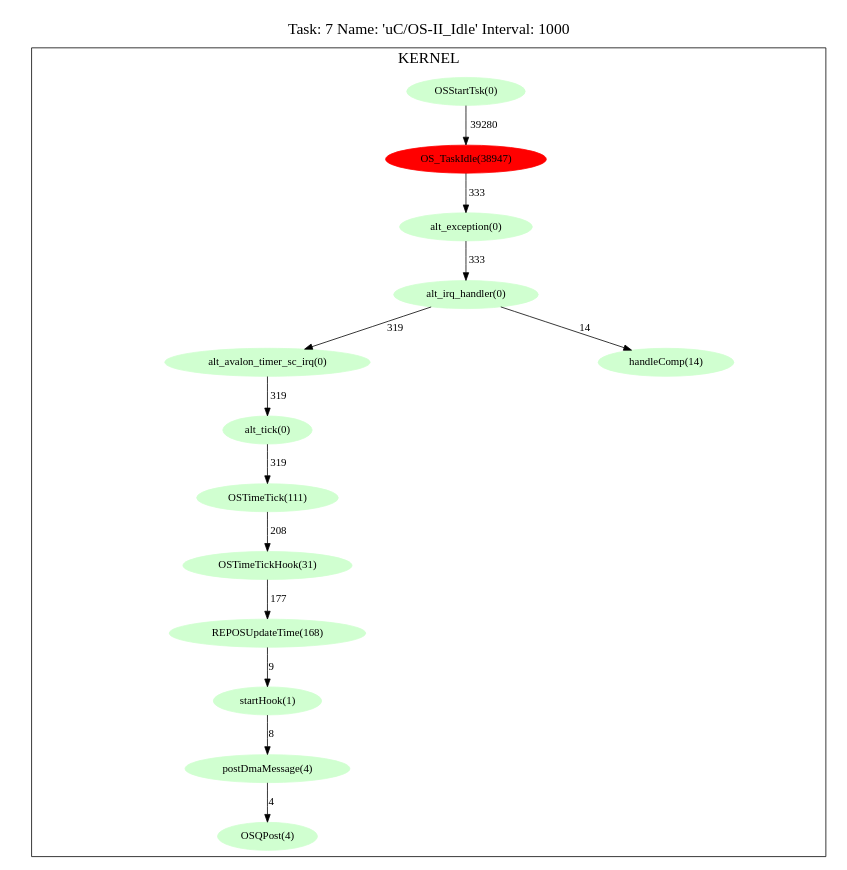
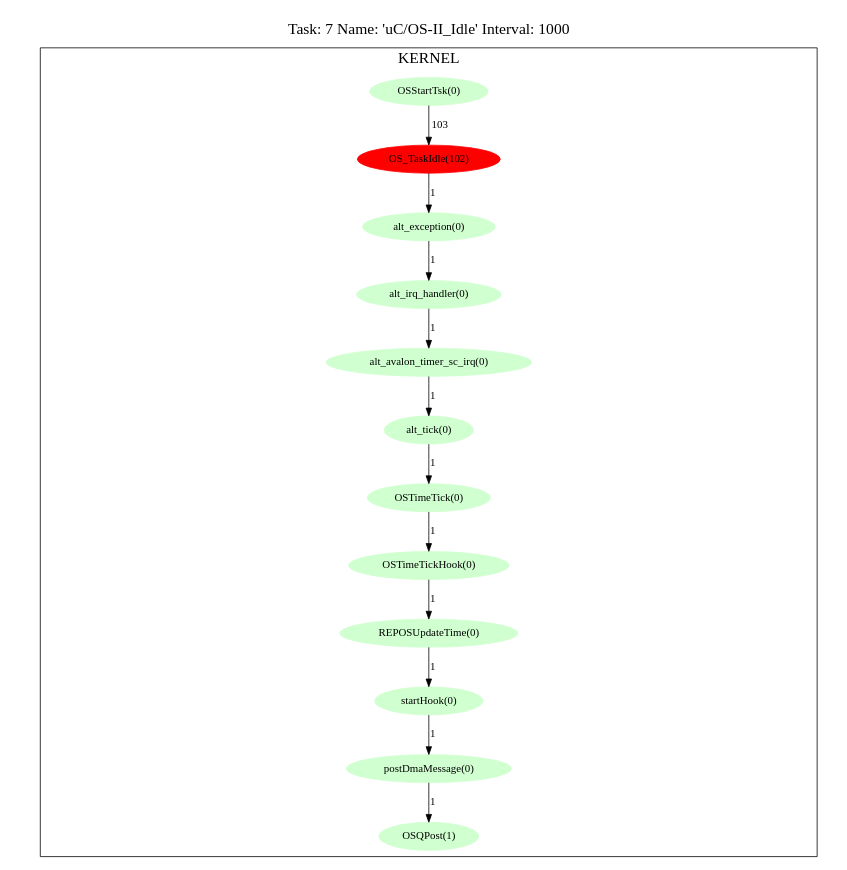
Before and after one commit to jcaplan/fingerprinting: the diagram in ovp_platform/platform_2_tlb/7.uC-OS-II_Idle.cpum.dot, drawn with Graphviz. The commit also changed 60 other files, not shown here.

```diff
--- a/ovp_platform/platform_2_tlb/7.uC-OS-II_Idle.cpum.dot
+++ b/ovp_platform/platform_2_tlb/7.uC-OS-II_Idle.cpum.dot
@@ -1,49 +1,46 @@
 digraph prof {
   size="6,6";
   ratio = fill;
   fontsize = "20";
   node [style=filled];
   labelloc = "t";
   label = "Task: 7 Name: 'uC/OS-II_Idle' Interval: 1000";
   subgraph cluster_kernel {
     label = "KERNEL";
     "F2" [label = "alt_exception(0)"];
-    "F2" -> "F3" [label = 333];
+    "F2" -> "F3" [label = 1];
     "F3" [label = "alt_irq_handler(0)"];
-    "F3" -> "F4" [label = 319];
-    "F3" -> "F12" [label = 14];
-    "F12" [label = "handleComp(14)"];
-    "F9" [label = "startHook(1)"];
-    "F9" -> "F10" [label = 8];
-    "F6" [label = "OSTimeTick(111)"];
-    "F6" -> "F7" [label = 208];
-    "F1" [label = "OS_TaskIdle(38947)"];
-    "F1" -> "F2" [label = 333];
-    "F11" [label = "OSQPost(4)"];
+    "F3" -> "F4" [label = 1];
+    "F9" [label = "startHook(0)"];
+    "F9" -> "F10" [label = 1];
+    "F6" [label = "OSTimeTick(0)"];
+    "F6" -> "F7" [label = 1];
+    "F1" [label = "OS_TaskIdle(102)"];
+    "F1" -> "F2" [label = 1];
+    "F11" [label = "OSQPost(1)"];
     "F4" [label = "alt_avalon_timer_sc_irq(0)"];
-    "F4" -> "F5" [label = 319];
-    "F10" [label = "postDmaMessage(4)"];
-    "F10" -> "F11" [label = 4];
-    "F8" [label = "REPOSUpdateTime(168)"];
-    "F8" -> "F9" [label = 9];
+    "F4" -> "F5" [label = 1];
+    "F10" [label = "postDmaMessage(0)"];
+    "F10" -> "F11" [label = 1];
+    "F8" [label = "REPOSUpdateTime(0)"];
+    "F8" -> "F9" [label = 1];
     "F5" [label = "alt_tick(0)"];
-    "F5" -> "F6" [label = 319];
+    "F5" -> "F6" [label = 1];
     "F0" [label = "OSStartTsk(0)"];
-    "F0" -> "F1" [label = 39280];
-    "F7" [label = "OSTimeTickHook(31)"];
-    "F7" -> "F8" [label = 177];
+    "F0" -> "F1" [label = 103];
+    "F7" [label = "OSTimeTickHook(0)"];
+    "F7" -> "F8" [label = 1];
     "F2" [color="#d0ffd0"];
     "F3" [color="#d0ffd0"];
-    "F12" [color="#d0ffd0"];
     "F9" [color="#d0ffd0"];
     "F6" [color="#d0ffd0"];
     "F1" [color="#ff0000"];
     "F11" [color="#d0ffd0"];
     "F4" [color="#d0ffd0"];
     "F10" [color="#d0ffd0"];
     "F8" [color="#d0ffd0"];
     "F5" [color="#d0ffd0"];
     "F0" [color="#d0ffd0"];
     "F7" [color="#d0ffd0"];
   }
 }
```
